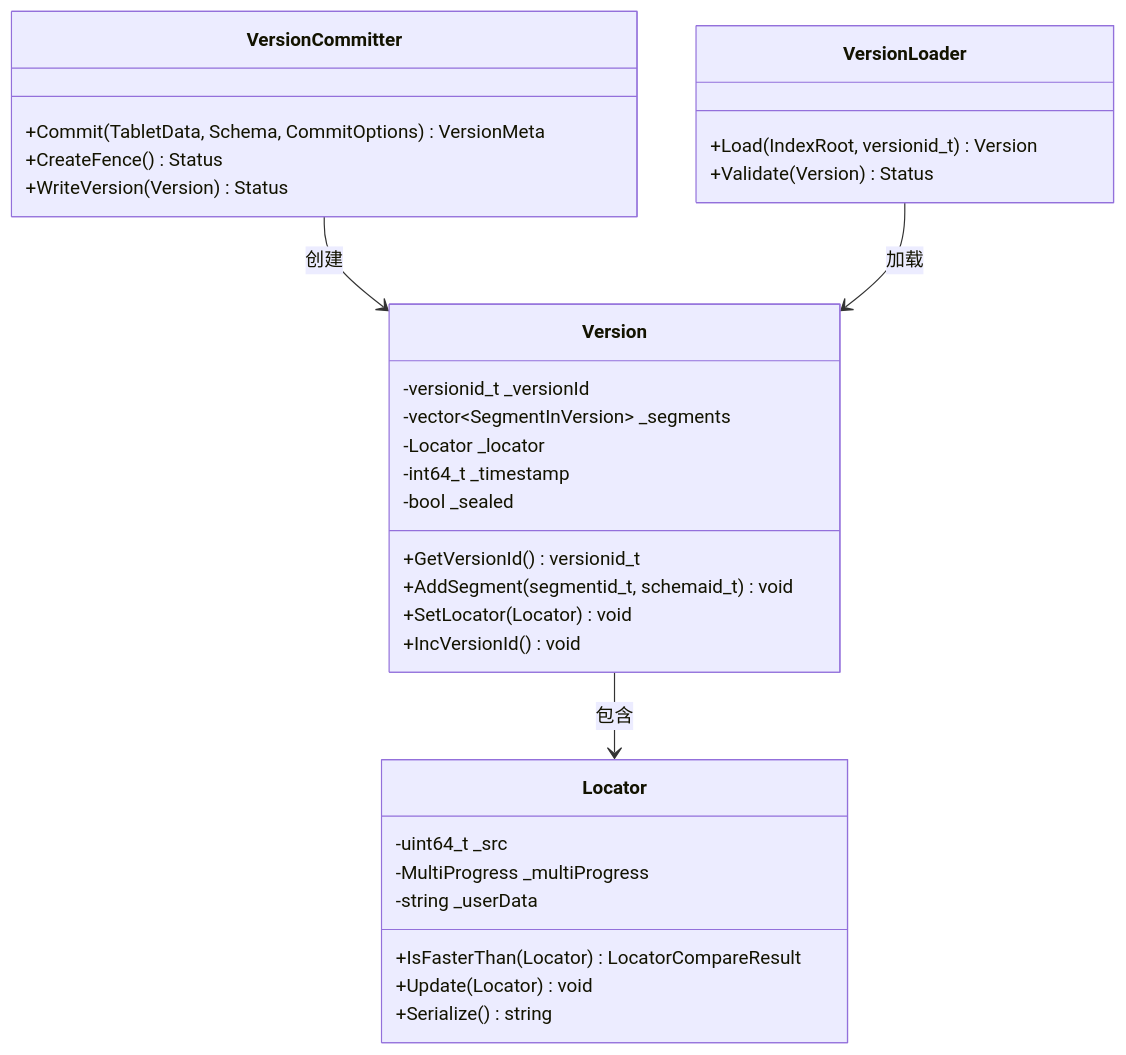
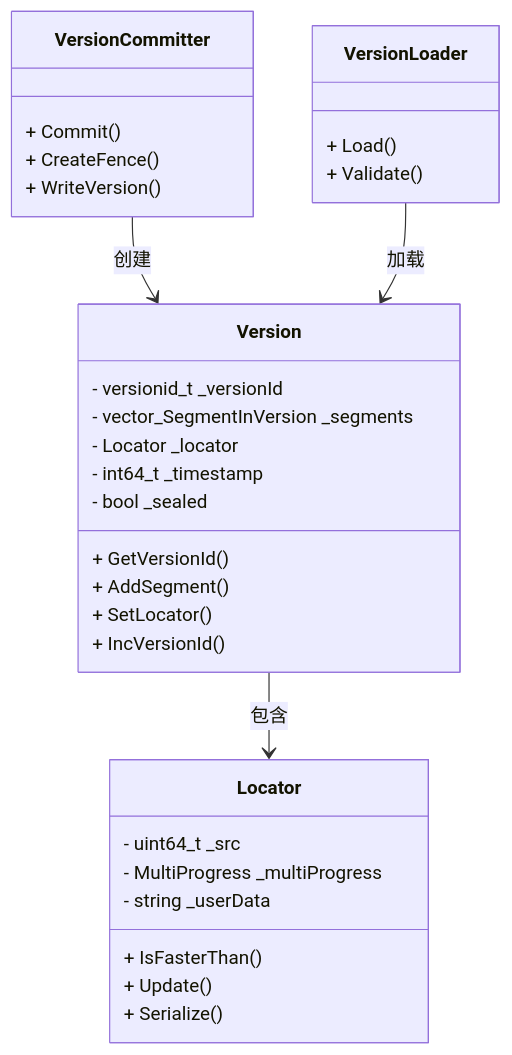
The first of 6 diagrams in _posts/2025-06-24-indexlib-5-version-management.md (zhouzhilong-commits/zhouzhilong-commits.github.io), drawn with Mermaid before and after one commit. The commit also changed 228 other files, not shown here.

````diff
--- a/_posts/2025-06-24-indexlib-5-version-management.md
+++ b/_posts/2025-06-24-indexlib-5-version-management.md
@@ -33,38 +33,38 @@
 ```mermaid
 classDiagram
     class Version {
-        -versionid_t _versionId
-        -vector~SegmentInVersion~ _segments
-        -Locator _locator
-        -int64_t _timestamp
-        -bool _sealed
-        +GetVersionId() versionid_t
-        +AddSegment(segmentid_t, schemaid_t) void
-        +SetLocator(Locator) void
-        +IncVersionId() void
+        - versionid_t _versionId
+        - vector_SegmentInVersion _segments
+        - Locator _locator
+        - int64_t _timestamp
+        - bool _sealed
+        + GetVersionId()
+        + AddSegment()
+        + SetLocator()
+        + IncVersionId()
     }
     
     class Locator {
-        -uint64_t _src
-        -MultiProgress _multiProgress
-        -string _userData
-        +IsFasterThan(Locator) LocatorCompareResult
-        +Update(Locator) void
-        +Serialize() string
+        - uint64_t _src
+        - MultiProgress _multiProgress
+        - string _userData
+        + IsFasterThan()
+        + Update()
+        + Serialize()
     }
     
     class VersionCommitter {
-        +Commit(TabletData, Schema, CommitOptions) VersionMeta
-        +CreateFence() Status
-        +WriteVersion(Version) Status
+        + Commit()
+        + CreateFence()
+        + WriteVersion()
     }
     
     class VersionLoader {
-        +Load(IndexRoot, versionid_t) Version
-        +Validate(Version) Status
+        + Load()
+        + Validate()
     }
     
     Version --> Locator : 包含
     VersionCommitter --> Version : 创建
     VersionLoader --> Version : 加载
 ```
````
